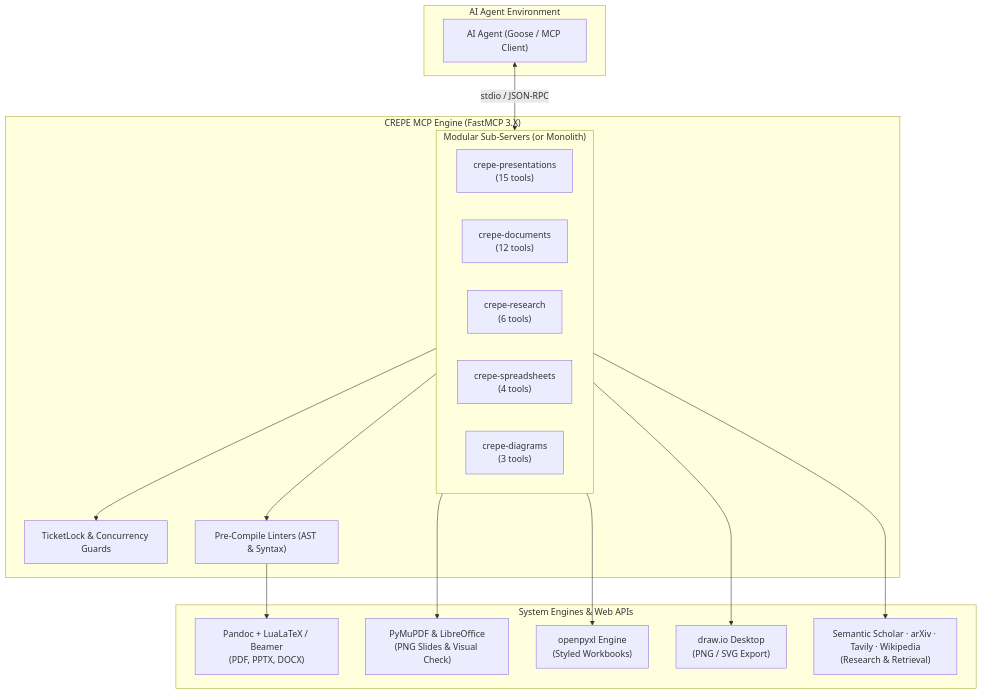
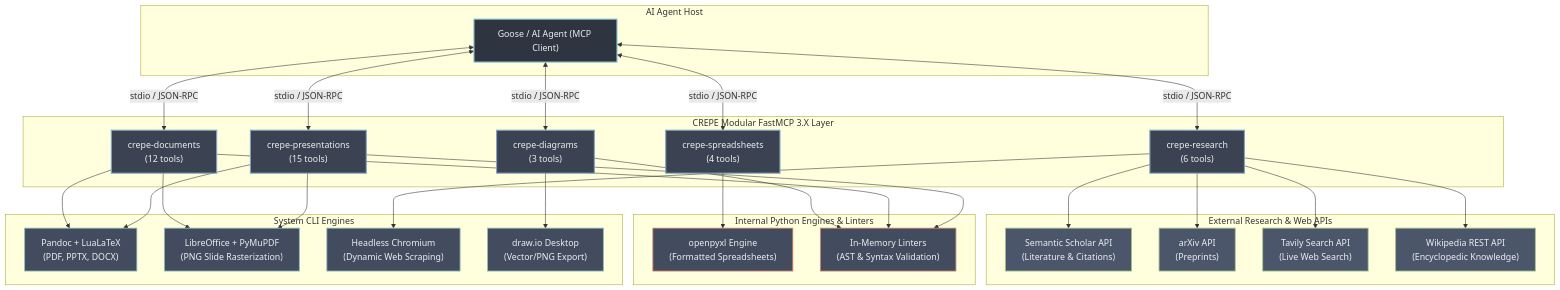
One commit to mariolpantunes/crepe-mcp changed the diagram in README.md. Above: the diagram before and after it, drawn with Mermaid. The commit also changed 1 other file, not shown here.

Commit message:
ci: fix basedpyright venv config in CI and refine architecture diagram with Nord theme and modular routing

````diff
--- a/README.md
+++ b/README.md
@@ -15,35 +15,73 @@
 ```mermaid
 flowchart TD
-    subgraph AgentHost["AI Agent Environment"]
-        Agent["AI Agent (Goose / MCP Client)"]
+    subgraph ClientLayer["AI Agent Host"]
+        Agent["Goose / AI Agent (MCP Client)"]
     end
 
-    subgraph CREPE["CREPE MCP Engine (FastMCP 3.X)"]
-        subgraph SubServers["Modular Sub-Servers (or Monolith)"]
-            Pres["crepe-presentations<br/>(15 tools)"]
-            Docs["crepe-documents<br/>(12 tools)"]
-            Research["crepe-research<br/>(6 tools)"]
-            Sheets["crepe-spreadsheets<br/>(4 tools)"]
-            Diagrams["crepe-diagrams<br/>(3 tools)"]
-        end
-        Lock["TicketLock & Concurrency Guards"]
-        Linters["Pre-Compile Linters (AST & Syntax)"]
+    subgraph FastMCPLayer["CREPE Modular FastMCP 3.X Layer"]
+        Pres["crepe-presentations<br/>(15 tools)"]
+        Docs["crepe-documents<br/>(12 tools)"]
+        Research["crepe-research<br/>(6 tools)"]
+        Sheets["crepe-spreadsheets<br/>(4 tools)"]
+        Diagrams["crepe-diagrams<br/>(3 tools)"]
     end
 
-    subgraph SystemTools["System Engines & Web APIs"]
-        Pandoc["Pandoc + LuaLaTeX / Beamer<br/>(PDF, PPTX, DOCX)"]
-        Render["PyMuPDF & LibreOffice<br/>(PNG Slides & Visual Check)"]
-        Excel["openpyxl Engine<br/>(Styled Workbooks)"]
-        DrawIO["draw.io Desktop<br/>(PNG / SVG Export)"]
-        WebAPIs["Semantic Scholar · arXiv · Tavily · Wikipedia<br/>(Research & Retrieval)"]
+    subgraph SystemTools["System CLI Engines"]
+        Pandoc["Pandoc + LuaLaTeX<br/>(PDF, PPTX, DOCX)"]
+        LibreOffice["LibreOffice + PyMuPDF<br/>(PNG Slide Rasterization)"]
+        Chromium["Headless Chromium<br/>(Dynamic Web Scraping)"]
+        DrawioCLI["draw.io Desktop<br/>(Vector/PNG Export)"]
     end
 
-    Agent <-->|stdio / JSON-RPC| SubServers
-    SubServers --> Lock
-    SubServers --> Linters
-    Linters --> Pandoc
-    SubServers --> Render
-    SubServers --> Excel
-    SubServers --> DrawIO
-    SubServers --> WebAPIs
+    subgraph ExternalAPIs["External Research & Web APIs"]
+        SemScholar["Semantic Scholar API<br/>(Literature & Citations)"]
+        ArxivAPI["arXiv API<br/>(Preprints)"]
+        TavilyAPI["Tavily Search API<br/>(Live Web Search)"]
+        WikiAPI["Wikipedia REST API<br/>(Encyclopedic Knowledge)"]
+    end
+
+    subgraph PythonEngines["Internal Python Engines & Linters"]
+        OpenPyXL["openpyxl Engine<br/>(Formatted Spreadsheets)"]
+        Linters["In-Memory Linters<br/>(AST & Syntax Validation)"]
+    end
+
+    %% Client connection
+    Agent <-->|stdio / JSON-RPC| Pres
+    Agent <-->|stdio / JSON-RPC| Docs
+    Agent <-->|stdio / JSON-RPC| Research
+    Agent <-->|stdio / JSON-RPC| Sheets
+    Agent <-->|stdio / JSON-RPC| Diagrams
+
+    %% Sub-server specific connections
+    Pres --> Linters
+    Pres --> Pandoc
+    Pres --> LibreOffice
+
+    Docs --> Linters
+    Docs --> Pandoc
+    Docs --> LibreOffice
+
+    Research --> SemScholar
+    Research --> ArxivAPI
+    Research --> TavilyAPI
+    Research --> WikiAPI
+    Research --> Chromium
+
+    Sheets --> OpenPyXL
+
+    Diagrams --> Linters
+    Diagrams --> DrawioCLI
+
+    %% Nord Theme Styling
+    classDef client fill:#2E3440,stroke:#88C0D0,stroke-width:2px,color:#ECEFF4;
+    classDef server fill:#3B4252,stroke:#81A1C1,stroke-width:2px,color:#ECEFF4;
+    classDef engine fill:#434C5E,stroke:#8FBCBB,stroke-width:1.5px,color:#ECEFF4;
+    classDef api fill:#4C566A,stroke:#A3BE8C,stroke-width:1.5px,color:#ECEFF4;
+    classDef internal fill:#434C5E,stroke:#D08770,stroke-width:1.5px,color:#ECEFF4;
+
+    class Agent client;
+    class Pres,Docs,Research,Sheets,Diagrams server;
+    class Pandoc,LibreOffice,Chromium,DrawioCLI engine;
+    class SemScholar,ArxivAPI,TavilyAPI,WikiAPI api;
+    class OpenPyXL,Linters internal;
 ```
````
